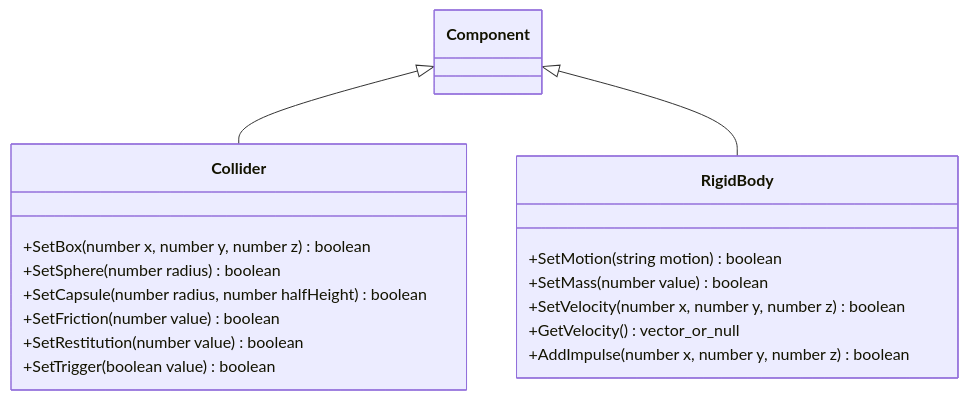
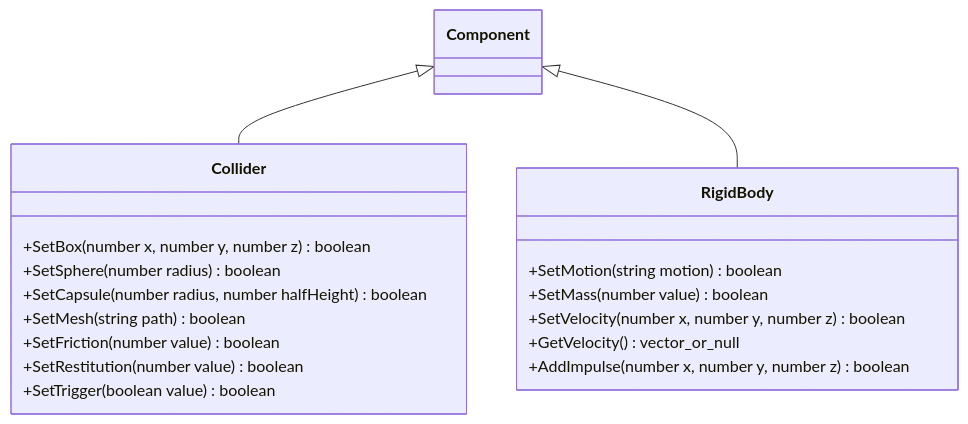
One commit to lcals/Engine changed the first of 3 diagrams in docs/plugins/runtime/class-diagrams/physics-audio-script-api.md. Above: the diagram before and after it, drawn with Mermaid. The commit also changed other lines of this file and 93 other files, not shown here.

````diff
--- a/docs/plugins/runtime/class-diagrams/physics-audio-script-api.md
+++ b/docs/plugins/runtime/class-diagrams/physics-audio-script-api.md
@@ -5,21 +5,22 @@
 ```mermaid
 classDiagram
     class Component
     class Collider {
         +SetBox(number x, number y, number z) boolean
         +SetSphere(number radius) boolean
         +SetCapsule(number radius, number halfHeight) boolean
+        +SetMesh(string path) boolean
         +SetFriction(number value) boolean
         +SetRestitution(number value) boolean
         +SetTrigger(boolean value) boolean
     }
     class RigidBody {
         +SetMotion(string motion) boolean
         +SetMass(number value) boolean
         +SetVelocity(number x, number y, number z) boolean
         +GetVelocity() vector_or_null
         +AddImpulse(number x, number y, number z) boolean
     }
     Component <|-- Collider
     Component <|-- RigidBody
 ```
````
